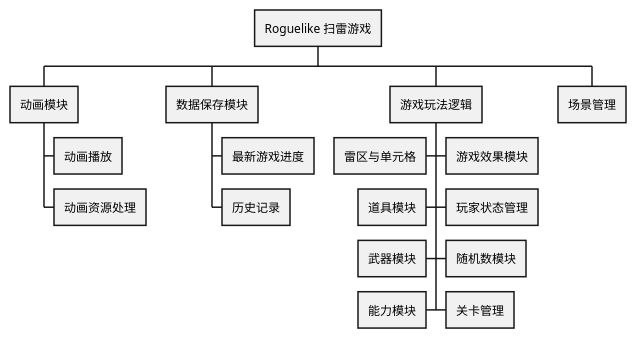
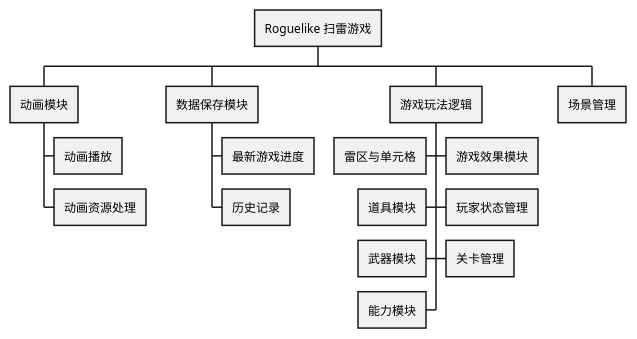
The diagram in SnekPlugin/Diagrams/architect-design/architecture.puml (SnekTech/mine-sweeper-rogue-lib), drawn with PlantUML before and after one commit. The commit also changed 1 other file, not shown here.

Commit message:
更新图

```diff
--- a/SnekPlugin/Diagrams/architect-design/architecture.puml
+++ b/SnekPlugin/Diagrams/architect-design/architecture.puml
@@ -1,25 +1,24 @@
 @startwbs
 
 * Roguelike 扫雷游戏
 
 ** 动画模块
 *** 动画播放
 *** 动画资源处理
 
 ** 数据保存模块
 *** 最新游戏进度
 *** 历史记录
 
 ** 游戏玩法逻辑
 ***< 雷区与单元格
 ***< 道具模块
 ***< 武器模块
 ***< 能力模块
 *** 游戏效果模块
 *** 玩家状态管理
-*** 随机数模块
 *** 关卡管理
 
 ** 场景管理
 
 @endwbs
```
